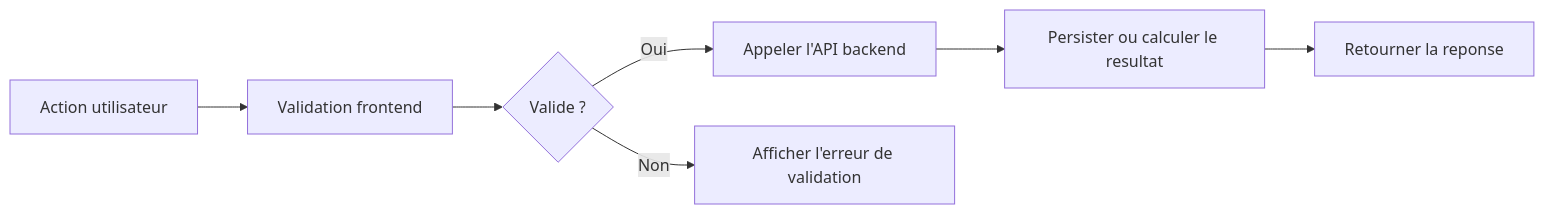
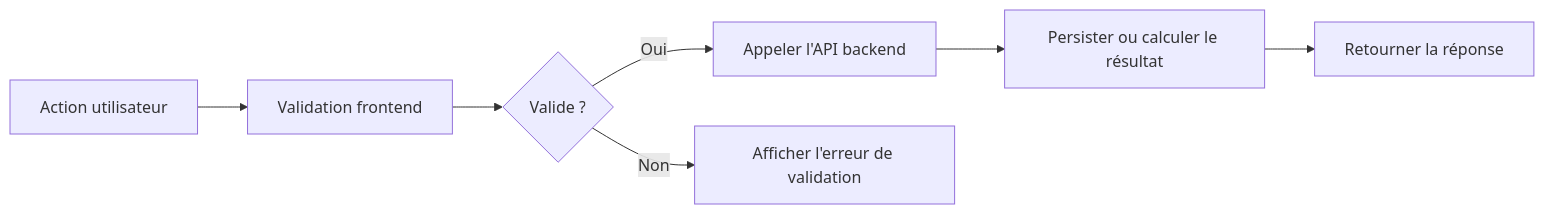
One commit to tomsoulage-dedalus/presc-workflows-tools changed the fourth of 4 diagrams in skills/story-architecture-diagram/SKILL.md. Above: the diagram before and after it, drawn with Mermaid. The commit also changed other lines of this file, not shown here.

````diff
--- a/skills/story-architecture-diagram/SKILL.md
+++ b/skills/story-architecture-diagram/SKILL.md
@@ -514,9 +514,9 @@
 ```mermaid
 flowchart LR
   A[Action utilisateur] --> B[Validation frontend]
   B --> C{Valide ?}
   C -- Oui --> D[Appeler l'API backend]
   C -- Non --> E[Afficher l'erreur de validation]
-  D --> F[Persister ou calculer le resultat]
-  F --> G[Retourner la reponse]
+  D --> F[Persister ou calculer le résultat]
+  F --> G[Retourner la réponse]
 ```
````
